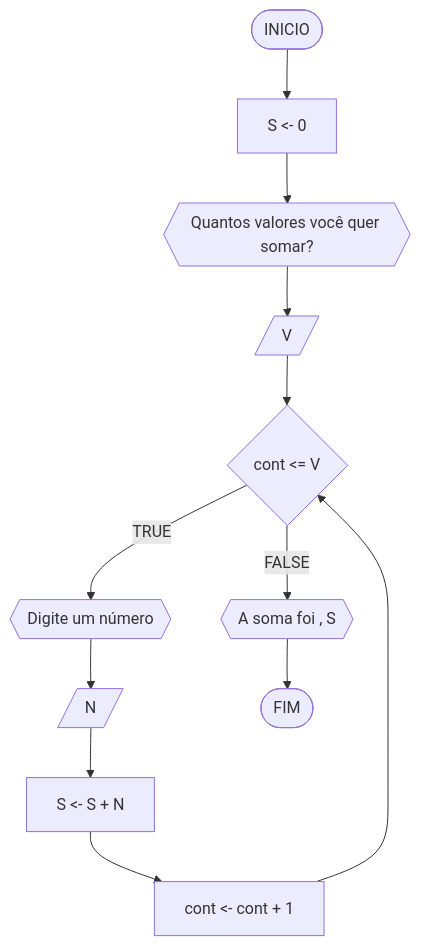
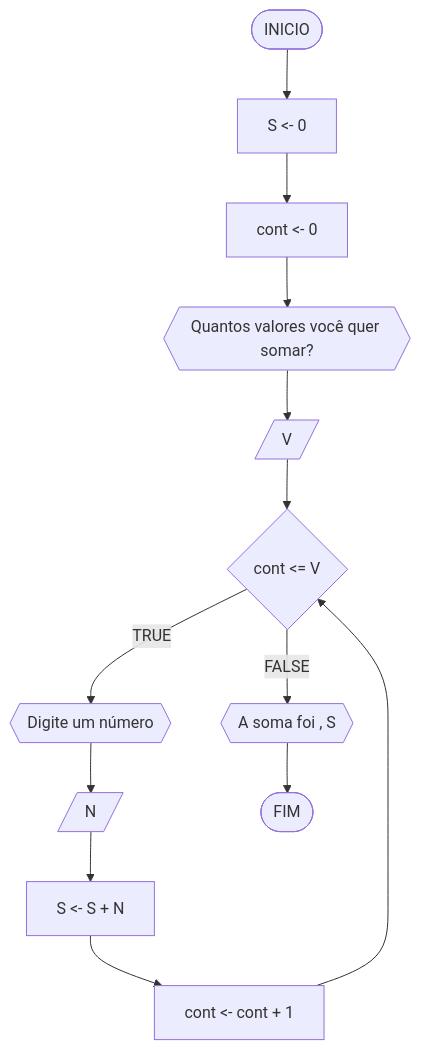
One commit to Gabriel0225/unifor changed the fifth of 6 diagrams in RLA/unidade1/lista3.md. Above: the diagram before and after it, drawn with Mermaid.

````diff
--- a/RLA/unidade1/lista3.md
+++ b/RLA/unidade1/lista3.md
@@ -184,6 +184,6 @@
 ```mermaid
 flowchart TD
-A([INICIO]) --> K[S <- 0] --> B{{"Quantos valores você quer somar? "}} --> C[/V/] --> D{cont <= V} --TRUE--> E{{"Digite um número"}} --> F[/N/]
+A([INICIO]) --> K[S <- 0] --> L[cont <- 0] --> B{{"Quantos valores você quer somar? "}} --> C[/V/] --> D{cont <= V} --TRUE--> E{{"Digite um número"}} --> F[/N/]
 F --> G[S <- S + N] --> H[cont <- cont + 1] --> D
 D --FALSE--> I{{"A soma foi ", S}} --> J([FIM])
 ```
````
